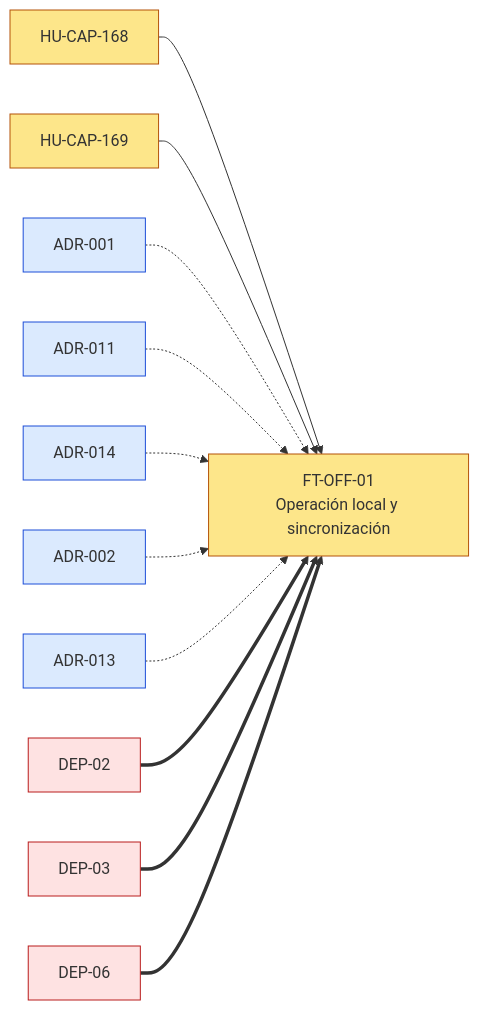
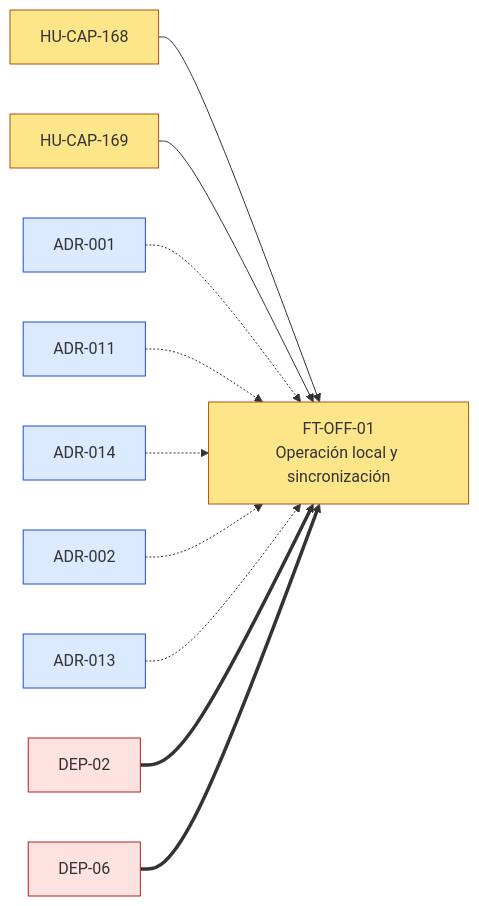
One commit to JoseEM26/caprichos changed the first of 4 diagrams in dor/DOR-FT-OFF-01-operacion-local-y-sincronizacion.md. Above: the diagram before and after it, drawn with Mermaid. The commit also changed other lines of this file and 32 other files, not shown here.

````diff
--- a/dor/DOR-FT-OFF-01-operacion-local-y-sincronizacion.md
+++ b/dor/DOR-FT-OFF-01-operacion-local-y-sincronizacion.md
@@ -51,17 +51,16 @@
 ```mermaid
 flowchart LR
   classDef evaluado fill:#fde68a,stroke:#b45309
   classDef interna fill:#dbeafe,stroke:#1d4ed8
   classDef externa fill:#fee2e2,stroke:#b91c1c
   FT_OFF_01["FT-OFF-01<br>Operación local y sincronización"]:::evaluado
   HU_CAP_168["HU-CAP-168"]:::evaluado --> FT_OFF_01
   HU_CAP_169["HU-CAP-169"]:::evaluado --> FT_OFF_01
   ADR_001["ADR-001"]:::interna -.-> FT_OFF_01
   ADR_011["ADR-011"]:::interna -.-> FT_OFF_01
   ADR_014["ADR-014"]:::interna -.-> FT_OFF_01
   ADR_002["ADR-002"]:::interna -.-> FT_OFF_01
   ADR_013["ADR-013"]:::interna -.-> FT_OFF_01
   DEP_02["DEP-02"]:::externa ==> FT_OFF_01
-  DEP_03["DEP-03"]:::externa ==> FT_OFF_01
   DEP_06["DEP-06"]:::externa ==> FT_OFF_01
 ```
````
